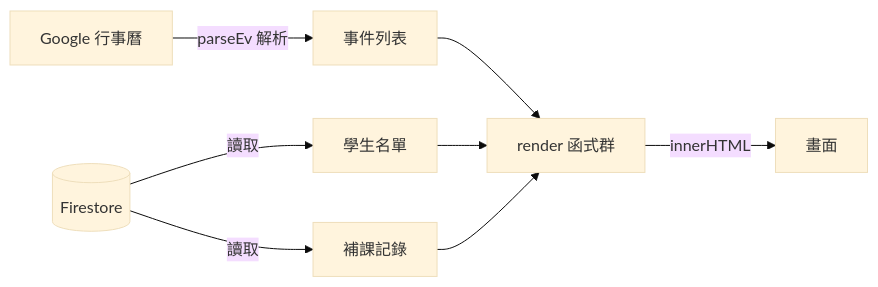
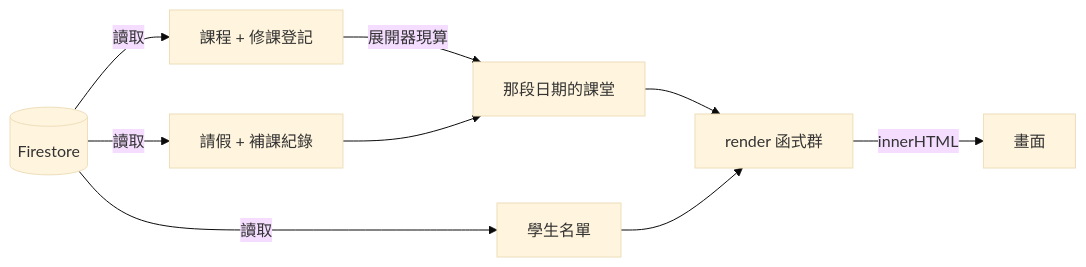
Before and after one commit to jyunz47/hobe-system: the second of 6 diagrams in mds/系統地圖.md, drawn with Mermaid (base theme). The commit also changed other lines of this file and 6 other files, not shown here.

````diff
--- a/mds/系統地圖.md
+++ b/mds/系統地圖.md
@@ -159,10 +157,11 @@
 ```mermaid
 graph LR
-    Cal["Google 行事曆"] -->|parseEv 解析| Events["事件列表"]
-    FS[("Firestore")] -->|讀取| StuList["學生名單"]
-    FS -->|讀取| Makeup["補課記錄"]
+    FS[("Firestore")] -->|讀取| Courses["課程 + 修課登記"]
+    FS -->|讀取| StuList["學生名單"]
+    FS -->|讀取| Makeup["請假 + 補課紀錄"]
+    Courses -->|展開器現算| Events["那段日期的課堂"]
+    Makeup --> Events
     Events --> Render["render 函式群"]
     StuList --> Render
-    Makeup --> Render
     Render -->|innerHTML| DOM["畫面"]
 ```
````
